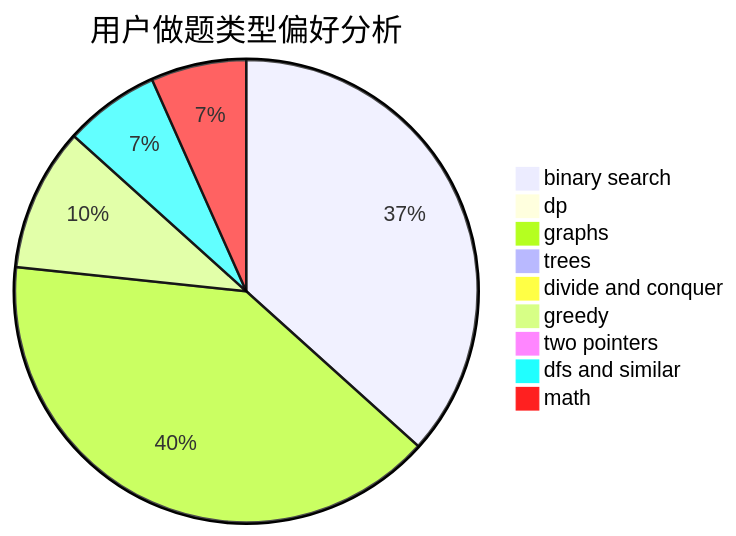
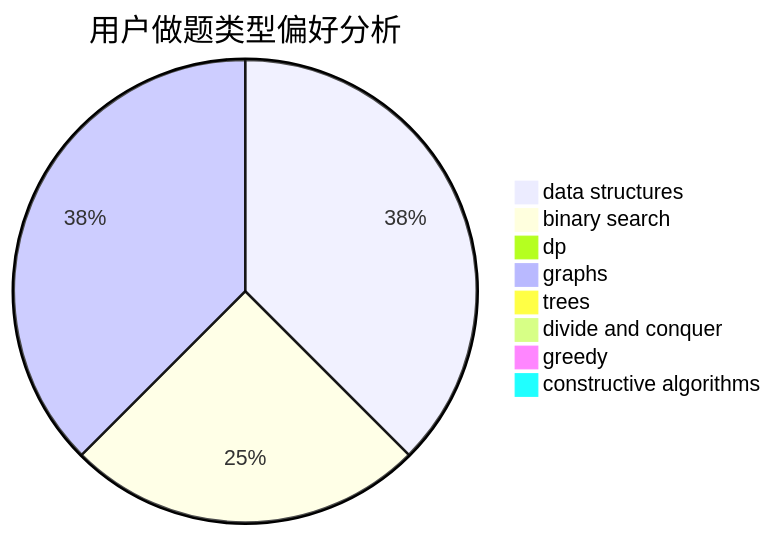
The second of 3 diagrams in docs/user/u1420.md (sherpahu/cfrs.github.io), drawn with Mermaid before and after one commit. The commit also changed other lines of this file and 2775 other files, not shown here.

````diff
--- a/docs/user/u1420.md
+++ b/docs/user/u1420.md
@@ -23,12 +23,11 @@
 ```mermaid
 pie title 用户做题类型偏好分析
-    "binary search" :  11
+    "data structures" :  3
+    "binary search" :  2
     "dp" :  0
-    "graphs" :  12
+    "graphs" :  3
     "trees" :  0
     "divide and conquer" :  0
-    "greedy" :  3
-    "two pointers" :  0
-    "dfs and similar" :  2
-    "math" :  2
+    "greedy" :  0
+    "constructive algorithms" :  0
 ```
````
